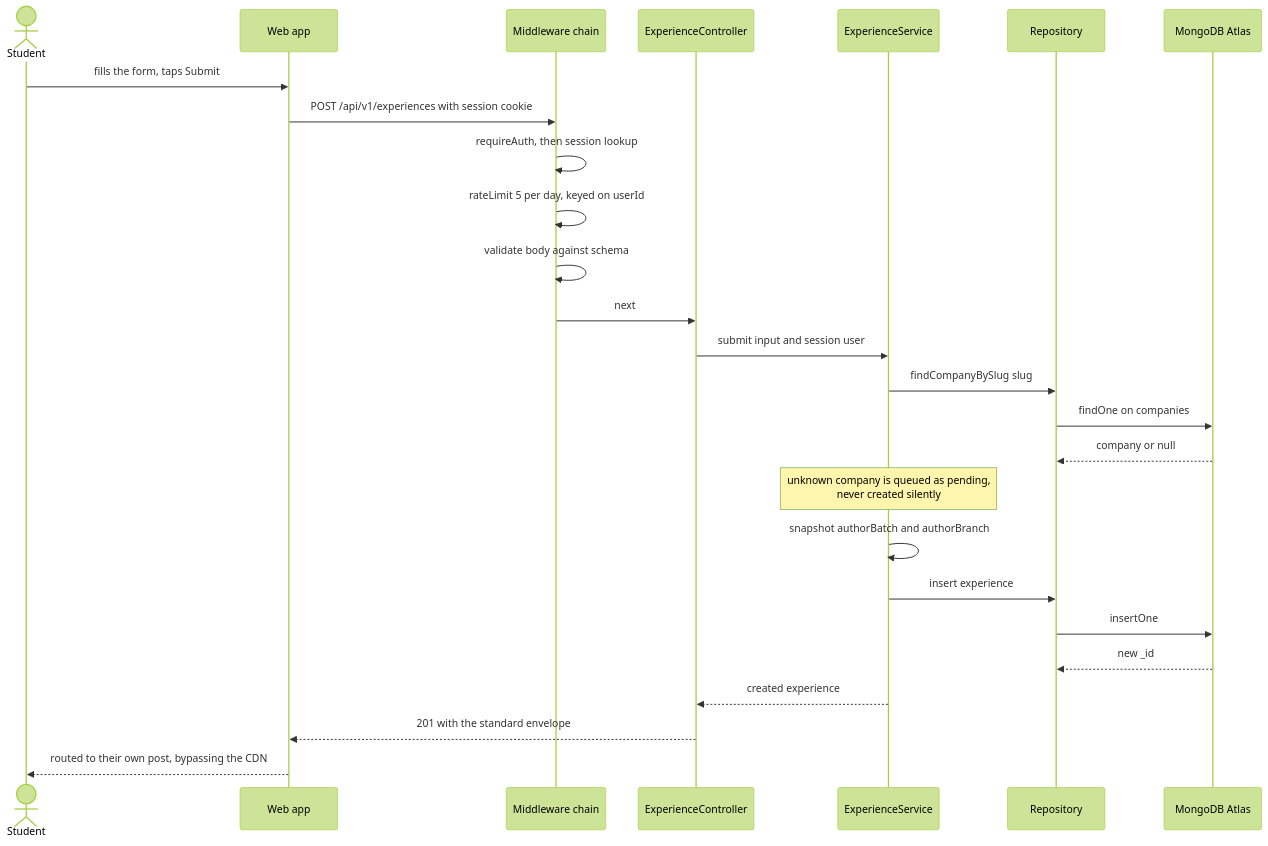
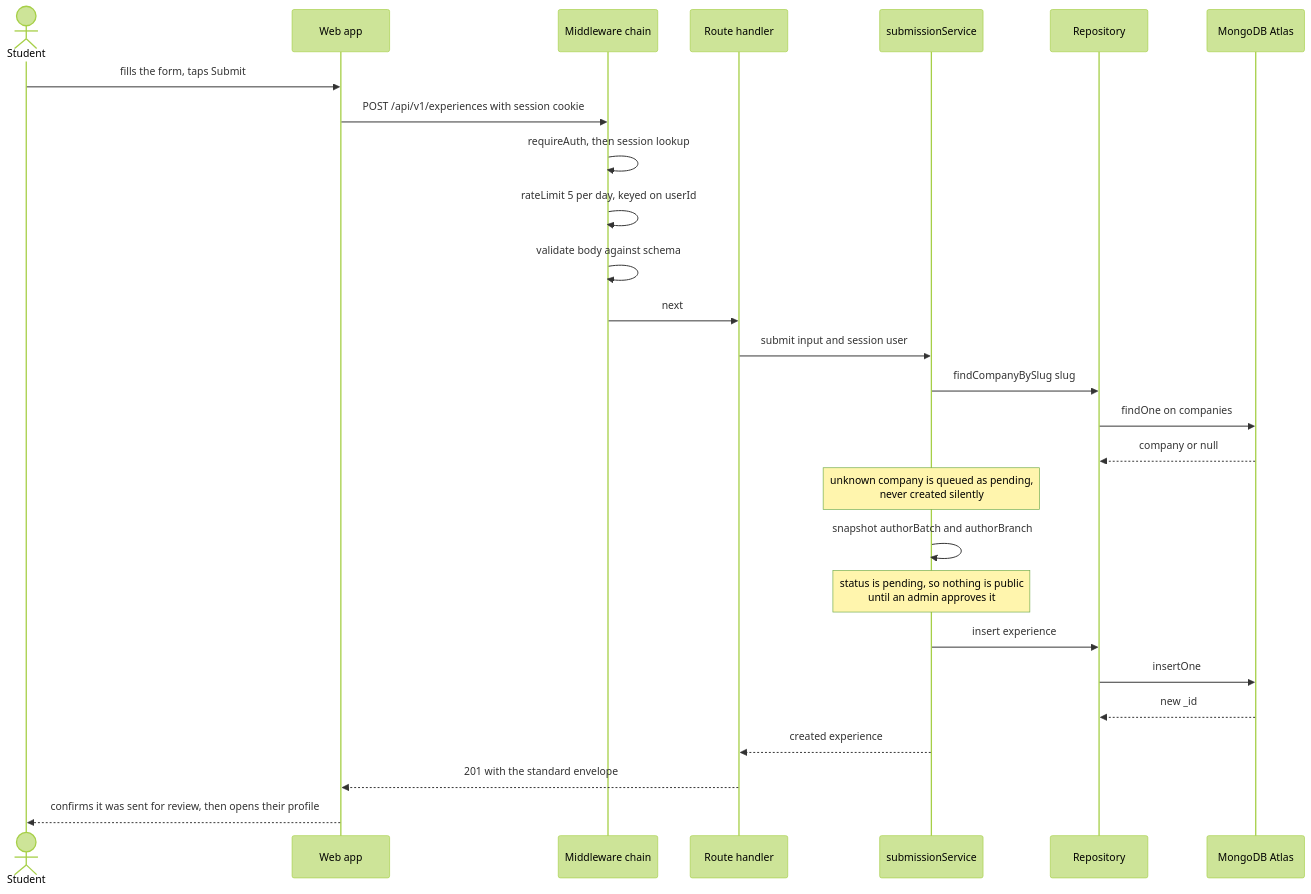
The fifth of 7 diagrams in README.md (RAVIYADAV6522/PrepLens), drawn with Mermaid (forest theme) before and after one commit. The commit also changed other lines of this file and 3 other files, not shown here.

````diff
--- a/README.md
+++ b/README.md
@@ -397,29 +418,30 @@
 ```mermaid
 sequenceDiagram
     actor S as Student
     participant W as Web app
     participant M as Middleware chain
-    participant C as ExperienceController
-    participant Svc as ExperienceService
+    participant C as Route handler
+    participant Svc as submissionService
     participant R as Repository
     participant DB as MongoDB Atlas
 
     S->>W: fills the form, taps Submit
     W->>M: POST /api/v1/experiences with session cookie
     M->>M: requireAuth, then session lookup
     M->>M: rateLimit 5 per day, keyed on userId
     M->>M: validate body against schema
     M->>C: next
     C->>Svc: submit input and session user
     Svc->>R: findCompanyBySlug slug
     R->>DB: findOne on companies
     DB-->>R: company or null
     Note over Svc: unknown company is queued as pending,<br/>never created silently
     Svc->>Svc: snapshot authorBatch and authorBranch
+    Note over Svc: status is pending, so nothing is public<br/>until an admin approves it
     Svc->>R: insert experience
     R->>DB: insertOne
     DB-->>R: new _id
     Svc-->>C: created experience
     C-->>W: 201 with the standard envelope
-    W-->>S: routed to their own post, bypassing the CDN
+    W-->>S: confirms it was sent for review, then opens their profile
 ```
````
